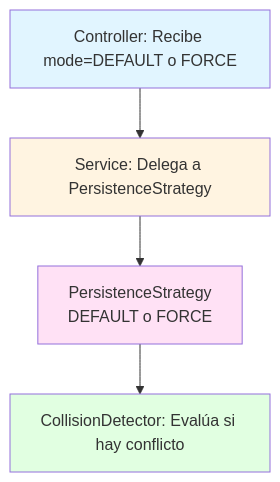
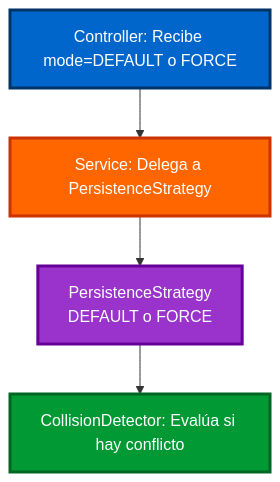
One commit to raulburgosbds/documentos_bds changed the first of 6 diagrams in guides/guia-implementacion-estrategia-force-default/guia-implementacion-estrategia-force-default.md. Above: the diagram before and after it, drawn with Mermaid. The commit also changed other lines of this file, not shown here.

````diff
--- a/guides/guia-implementacion-estrategia-force-default/guia-implementacion-estrategia-force-default.md
+++ b/guides/guia-implementacion-estrategia-force-default/guia-implementacion-estrategia-force-default.md
@@ -68,11 +67,11 @@
 ```mermaid
 flowchart TD
     A[Controller: Recibe mode=DEFAULT o FORCE] --> B[Service: Delega a PersistenceStrategy]
     B --> C[PersistenceStrategy<br/>DEFAULT o FORCE]
     C --> D[CollisionDetector: Evalúa si hay conflicto]
     
-    style A fill:#e1f5ff
-    style B fill:#fff4e1
-    style C fill:#ffe1f5
-    style D fill:#e1ffe1
+    style A fill:#0066cc,stroke:#003366,stroke-width:3px,color:#ffffff
+    style B fill:#ff6600,stroke:#cc3300,stroke-width:3px,color:#ffffff
+    style C fill:#9933cc,stroke:#660099,stroke-width:3px,color:#ffffff
+    style D fill:#009933,stroke:#006622,stroke-width:3px,color:#ffffff
 ```
````
